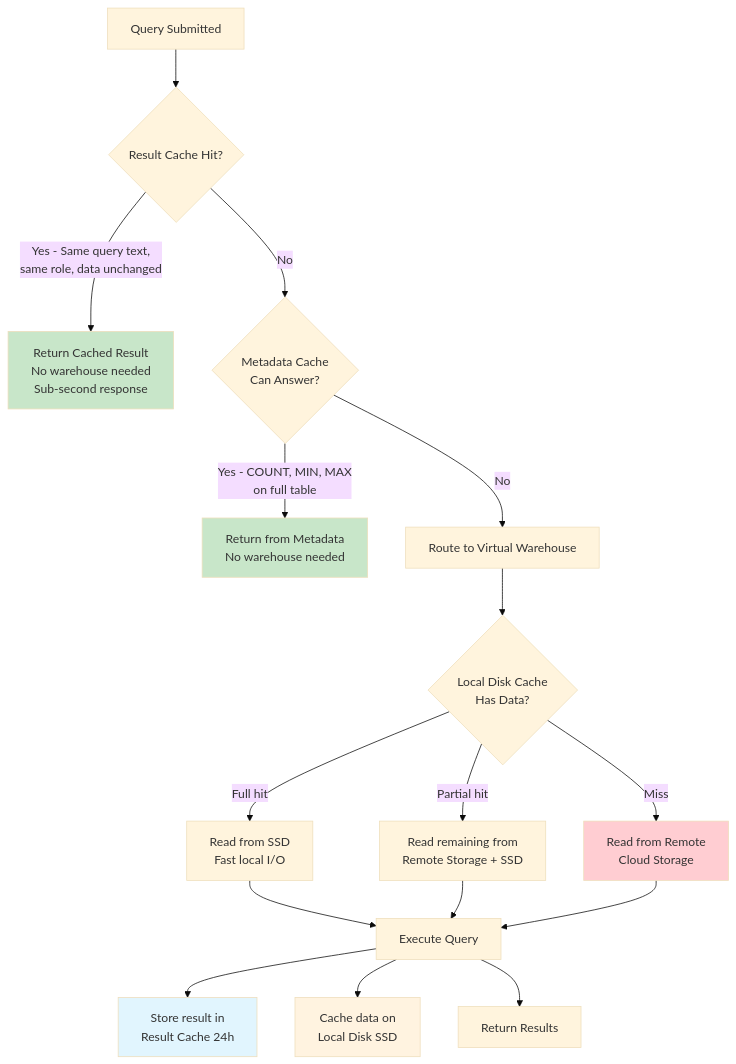
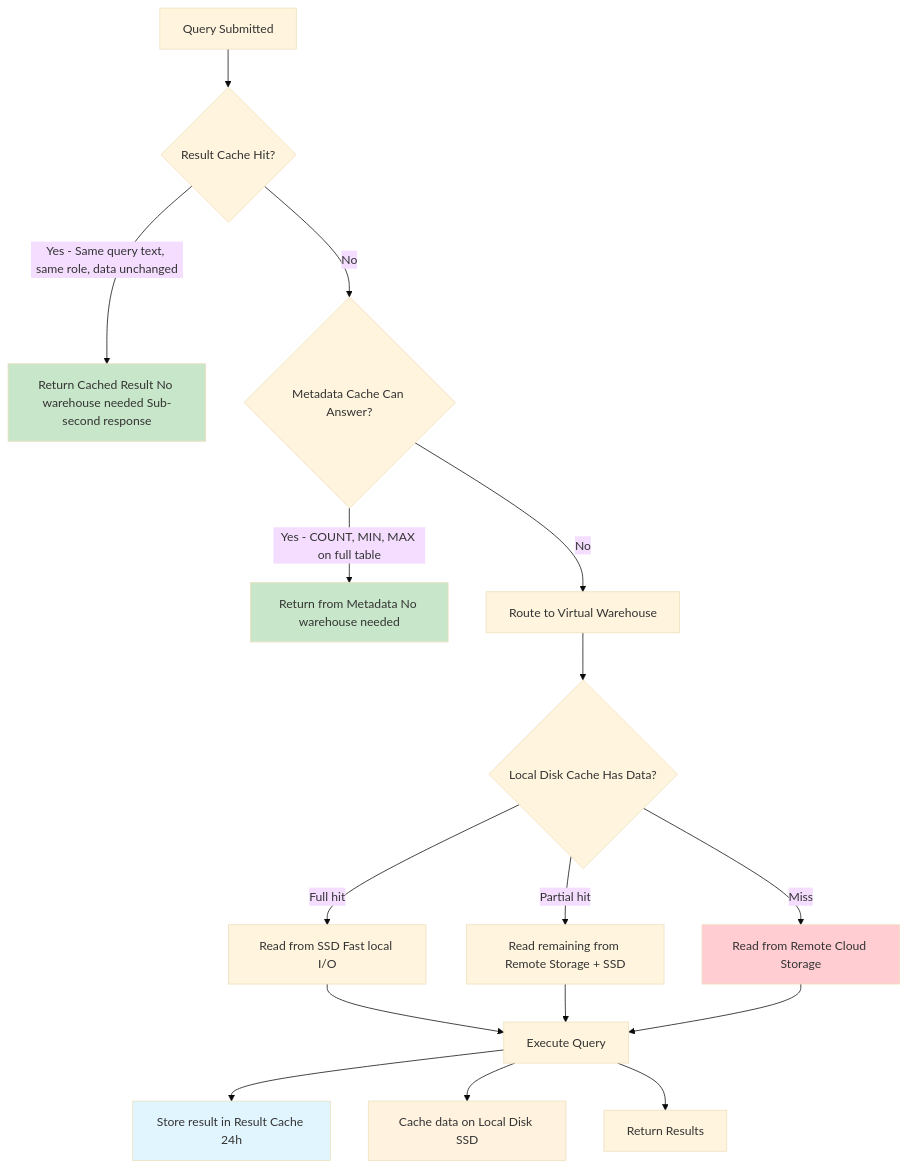
The diagram in 1_Snowflake_AI_Data_Cloud_Features_and_Architecture/1.5_Caching_and_Query_Performance.md (harishupadrasta/snowPro-Core), drawn with Mermaid (base theme) before and after one commit. The commit also changed 16 other files, not shown here.

First line of the commit message:
Fix mermaid diagrams: replace <br/> with spaces for GitHub rendering

````diff
--- a/1_Snowflake_AI_Data_Cloud_Features_and_Architecture/1.5_Caching_and_Query_Performance.md
+++ b/1_Snowflake_AI_Data_Cloud_Features_and_Architecture/1.5_Caching_and_Query_Performance.md
@@ -29,24 +29,24 @@
 ```mermaid
 flowchart TD
     Q[Query Submitted] --> RC{Result Cache Hit?}
-    RC -->|Yes - Same query text,<br/>same role, data unchanged| RR[Return Cached Result<br/>No warehouse needed<br/>Sub-second response]
-    RC -->|No| MC{Metadata Cache<br/>Can Answer?}
-    MC -->|Yes - COUNT, MIN, MAX<br/>on full table| MR[Return from Metadata<br/>No warehouse needed]
+    RC -->|Yes - Same query text, same role, data unchanged| RR[Return Cached Result No warehouse needed Sub-second response]
+    RC -->|No| MC{Metadata Cache Can Answer?}
+    MC -->|Yes - COUNT, MIN, MAX on full table| MR[Return from Metadata No warehouse needed]
     MC -->|No| WH[Route to Virtual Warehouse]
-    WH --> LC{Local Disk Cache<br/>Has Data?}
-    LC -->|Full hit| LR[Read from SSD<br/>Fast local I/O]
-    LC -->|Partial hit| PR[Read remaining from<br/>Remote Storage + SSD]
-    LC -->|Miss| RS[Read from Remote<br/>Cloud Storage]
+    WH --> LC{Local Disk Cache Has Data?}
+    LC -->|Full hit| LR[Read from SSD Fast local I/O]
+    LC -->|Partial hit| PR[Read remaining from Remote Storage + SSD]
+    LC -->|Miss| RS[Read from Remote Cloud Storage]
     LR --> EXEC[Execute Query]
     PR --> EXEC
     RS --> EXEC
-    EXEC --> STORE[Store result in<br/>Result Cache 24h]
-    EXEC --> CACHE[Cache data on<br/>Local Disk SSD]
+    EXEC --> STORE[Store result in Result Cache 24h]
+    EXEC --> CACHE[Cache data on Local Disk SSD]
     EXEC --> RET[Return Results]
     
     style RR fill:#c8e6c9
     style MR fill:#c8e6c9
     style RS fill:#ffcdd2
     style STORE fill:#e1f5fe
     style CACHE fill:#fff3e0
 ```
````
